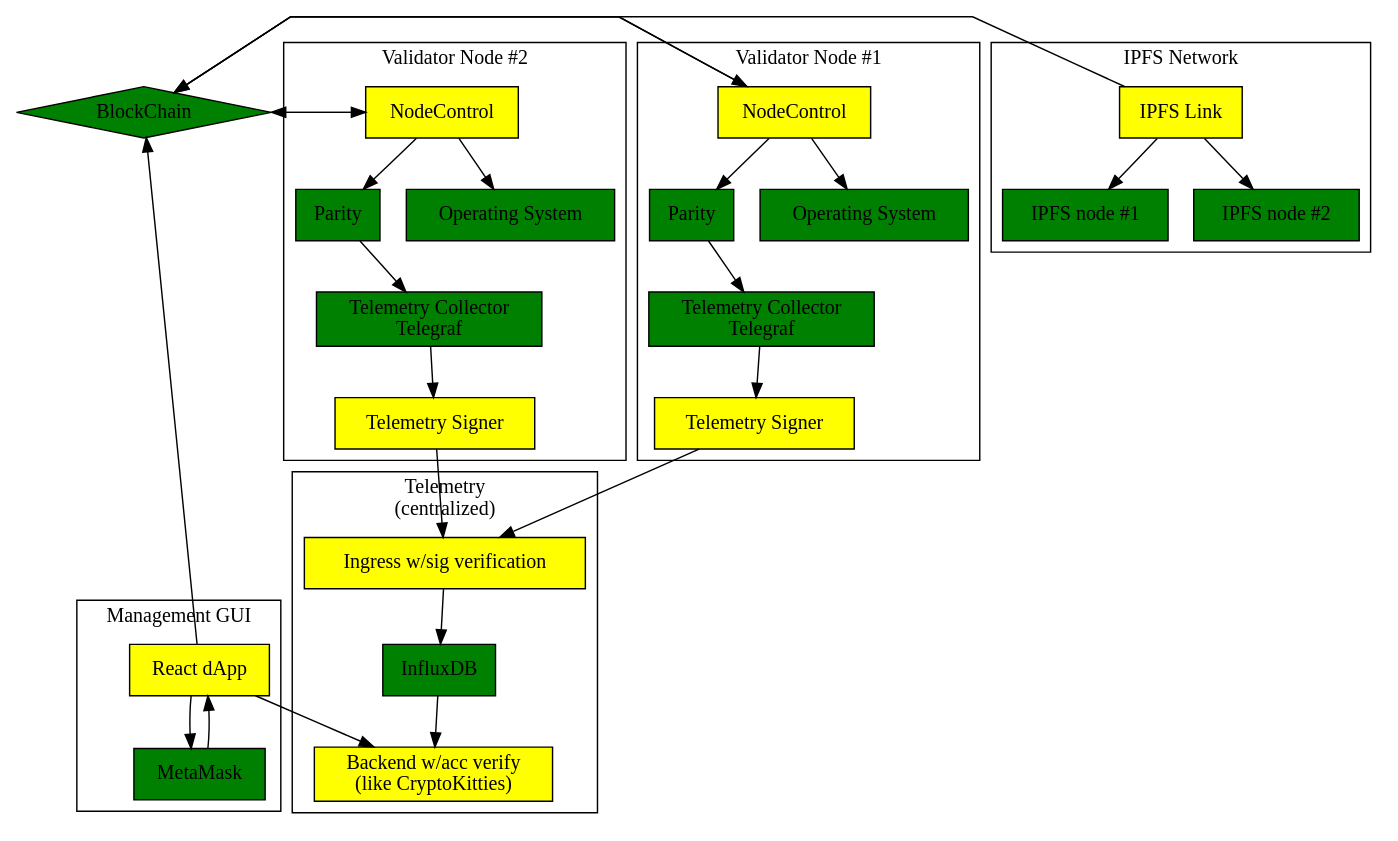
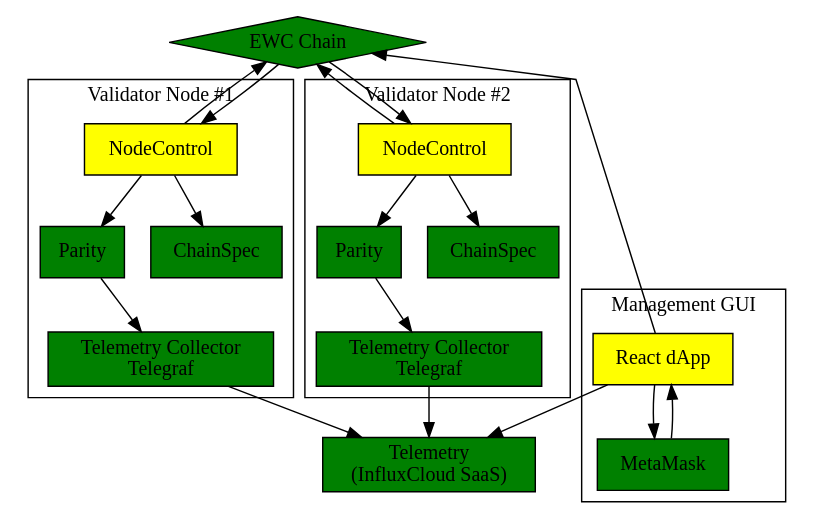
Before and after one commit to energywebfoundation/system-design-spec-live: the diagram in diagrams/sys-diagram.dot, drawn with Graphviz. The commit also changed 19 other files, not shown here.

```diff
--- a/diagrams/sys-diagram.dot
+++ b/diagrams/sys-diagram.dot
@@ -1,65 +1,47 @@
 digraph G {
     splines="compound"
     subgraph cluster_0 {
         label="Validator Node #1"
         fillcolor=lightgrey
         p1 [label="Parity",shape=box,style=filled,fillcolor=green]
         t1 [label="Telemetry Collector\nTelegraf",shape=box,style=filled,fillcolor=green]
-        ts1 [label="Telemetry Signer",shape=box,style=filled,fillcolor=yellow]
         nc1 [label="NodeControl",shape=box,style=filled,fillcolor=yellow]
-        os1 [label="Operating System",shape=box,style=filled,fillcolor=green]
-        nc1 -> p1 -> t1 -> ts1
+        os1 [label="ChainSpec",shape=box,style=filled,fillcolor=green]
+        nc1 -> p1 -> t1 
         nc1 -> os1
     }
 
     subgraph cluster_1 {
         label="Validator Node #2"
         fillcolor=lightgrey
         p2 [label="Parity",shape=box,style=filled,fillcolor=green]
         t2 [label="Telemetry Collector\nTelegraf",shape=box,style=filled,fillcolor=green]
-        ts2 [label="Telemetry Signer",shape=box,style=filled,fillcolor=yellow]
         nc2 [label="NodeControl",shape=box,style=filled,fillcolor=yellow]
-        os2 [label="Operating System",shape=box,style=filled,fillcolor=green]
-        nc2 -> p2 -> t2 -> ts2
+        os2 [label="ChainSpec",shape=box,style=filled,fillcolor=green]
+        nc2 -> p2 -> t2 
         nc2 -> os2
     }
 
-    subgraph cluster_2 {
-        label="IPFS Network"
-        fillcolor=lightgrey
-        il [label="IPFS Link",shape=box,style=filled,fillcolor=yellow]
-        i1 [label="IPFS node #1",shape=box,style=filled,fillcolor=green]
-        i2 [label="IPFS node #2",shape=box,style=filled,fillcolor=green]
-        il -> {i1,i2}
-    }
 
     subgraph cluster_3 {
         label="Management GUI"
         fillcolor=lightgrey
         dapp [label="React dApp",shape=box,style=filled,fillcolor=yellow]
         mm [label="MetaMask",shape=box,style=filled,fillcolor=green]
         dapp -> mm
         mm -> dapp
     }
 
-    subgraph cluster_4 {
-        label="Telemetry\n(centralized)"
-        fillcolor=lightgrey
-        ti [label="Ingress w/sig verification",shape=box,style=filled,fillcolor=yellow]
-        tdb [label="InfluxDB",shape=box,style=filled,fillcolor=green]
-        tbe [label="Backend w/acc verify\n(like CryptoKitties)",shape=box,style=filled,fillcolor=yellow]
-        ti -> tdb -> tbe
-    }
+    tdb [label="Telemetry\n(InfluxCloud SaaS)",shape=box,style=filled,fillcolor=green]
     
-    
-    chain [shape=diamond,label="BlockChain",style=filled, fillcolor=green]
+    chain [shape=diamond,label="EWC Chain",style=filled, fillcolor=green]
 
-    dapp -> tbe
+    dapp -> tdb
 
     dapp -> chain [constraint=false]
-    il -> chain [constraint=false]
-    {nc1,nc2} -> chain [constraint=false]
-    chain -> {nc1,nc2} [constraint=false]
-    {ts1,ts2}->ti
+
+    {nc1,nc2} -> chain [weight=0]
+    chain -> {nc1,nc2} [weight=false]
+    {t1,t2}->tdb
 
 }
```
